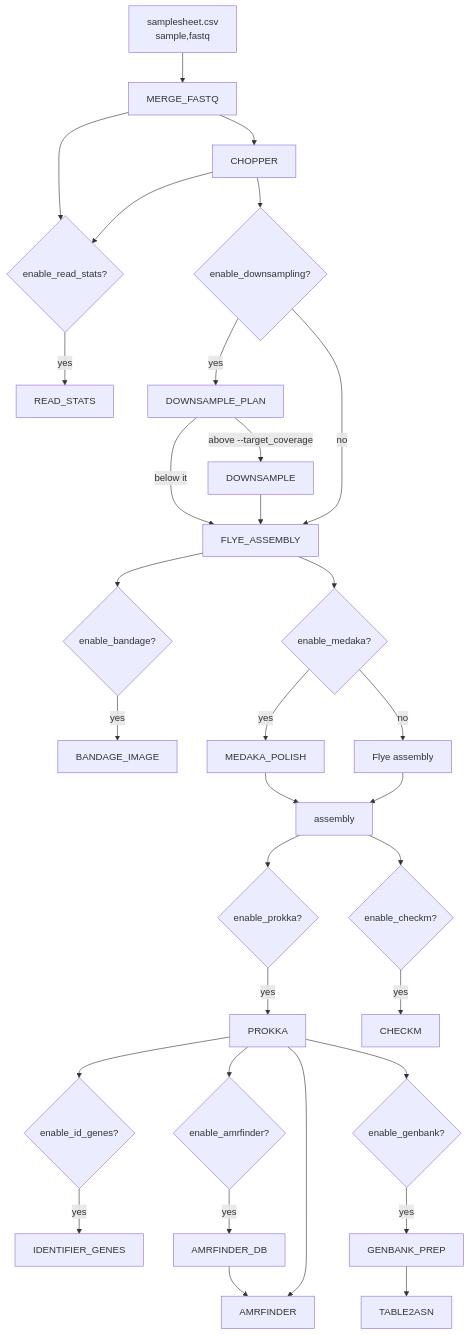
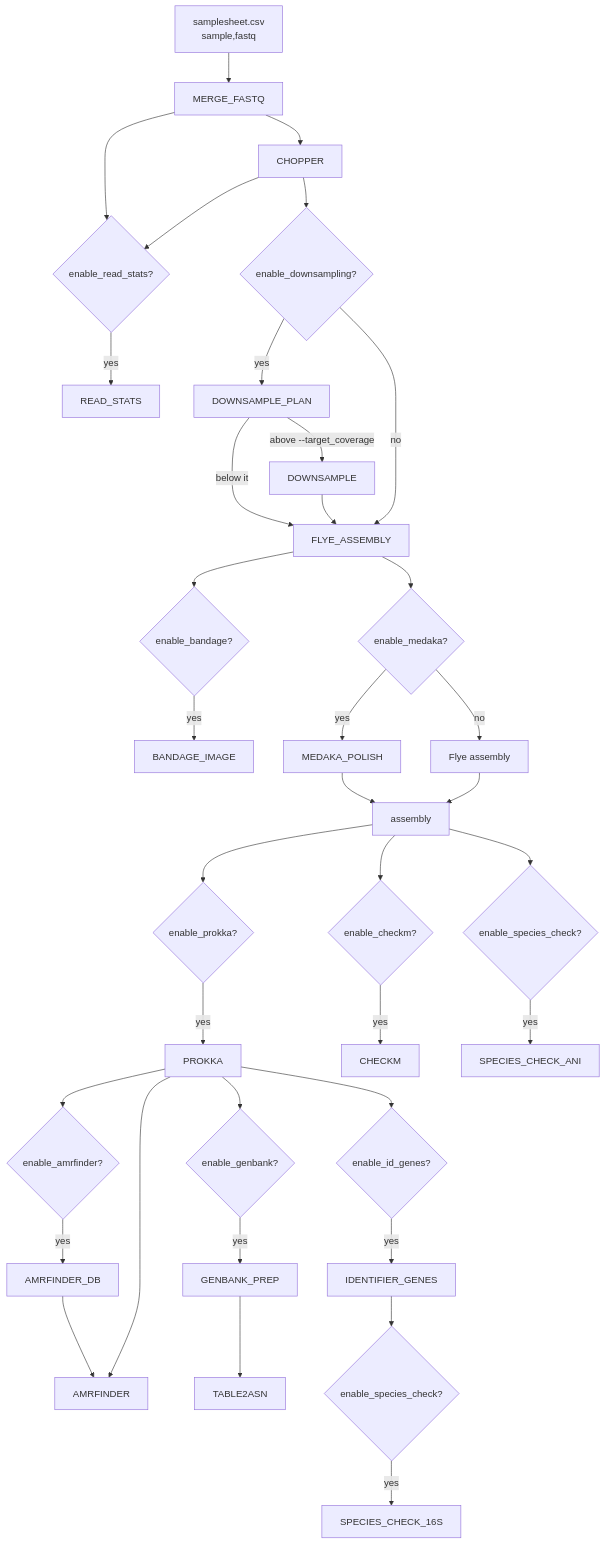
Before and after one commit to ehill-iolani/ulana-nf: the diagram in README.md, drawn with Mermaid. The commit also changed other lines of this file and 27 other files, not shown here.

Commit message:
added a species check: skani ANI against NCBI type-strain genomes and 16S BLAST against type-strain 16S

````diff
--- a/README.md
+++ b/README.md
@@ -24,39 +25,44 @@
 ```mermaid
 flowchart TD
   A["samplesheet.csv<br/>sample,fastq"] --> B[MERGE_FASTQ]
   B --> C[CHOPPER]
   B --> R1{enable_read_stats?}
   C --> R1
   R1 -->|yes| R2[READ_STATS]
   C --> DS{enable_downsampling?}
   DS -->|yes| DP[DOWNSAMPLE_PLAN]
   DP -->|"above --target_coverage"| DD[DOWNSAMPLE]
   DP -->|below it| D
   DD --> D
   DS -->|no| D[FLYE_ASSEMBLY]
 
   D --> D2{enable_bandage?}
   D2 -->|yes| D3[BANDAGE_IMAGE]
 
   D --> E{enable_medaka?}
   E -->|yes| F[MEDAKA_POLISH]
   E -->|no| G[Flye assembly]
   F --> H[assembly]
   G --> H
 
   H --> I{enable_prokka?}
   I -->|yes| J[PROKKA]
 
   H --> K{enable_checkm?}
   K -->|yes| L[CHECKM]
 
   J --> M{enable_id_genes?}
   M -->|yes| N[IDENTIFIER_GENES]
 
   J --> O{enable_amrfinder?}
   O -->|yes| P[AMRFINDER_DB] --> Q[AMRFINDER]
   J --> Q
 
   J --> S{enable_genbank?}
   S -->|yes| T[GENBANK_PREP] --> U[TABLE2ASN]
+
+  H --> V{enable_species_check?}
+  V -->|yes| W[SPECIES_CHECK_ANI]
+  N --> X{enable_species_check?}
+  X -->|yes| Y[SPECIES_CHECK_16S]
 ```
````
